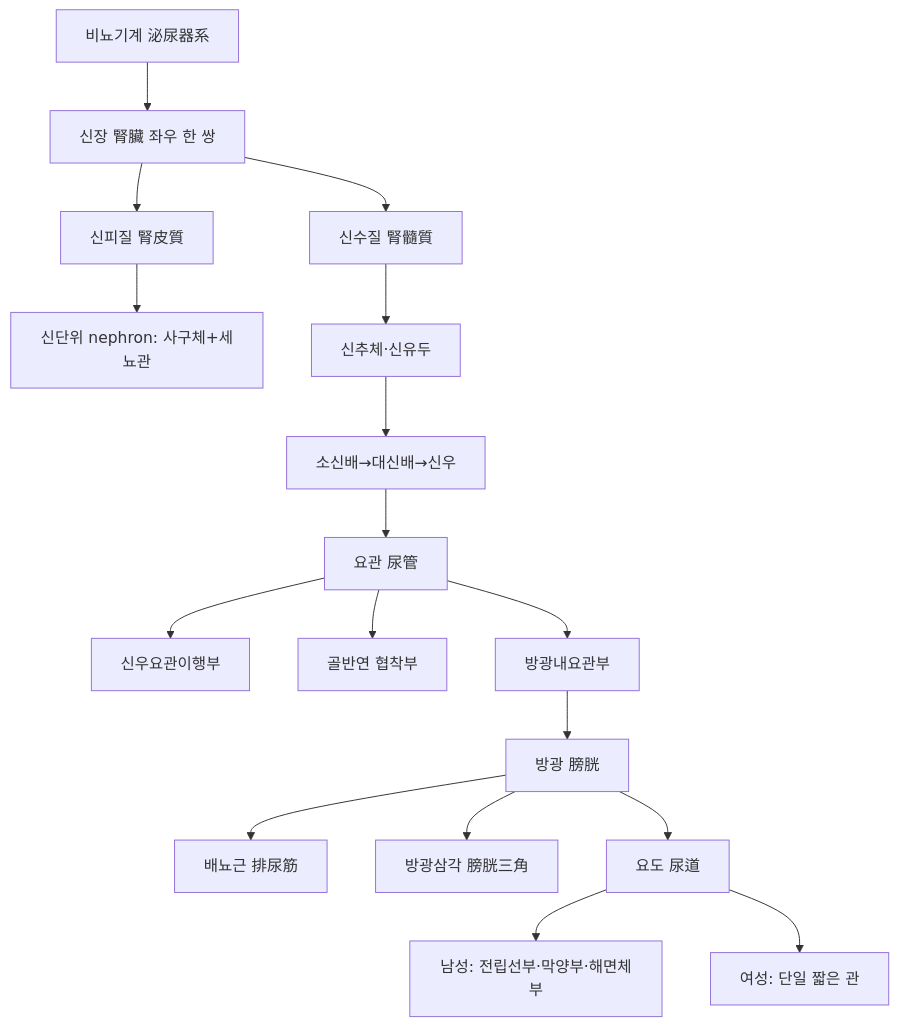
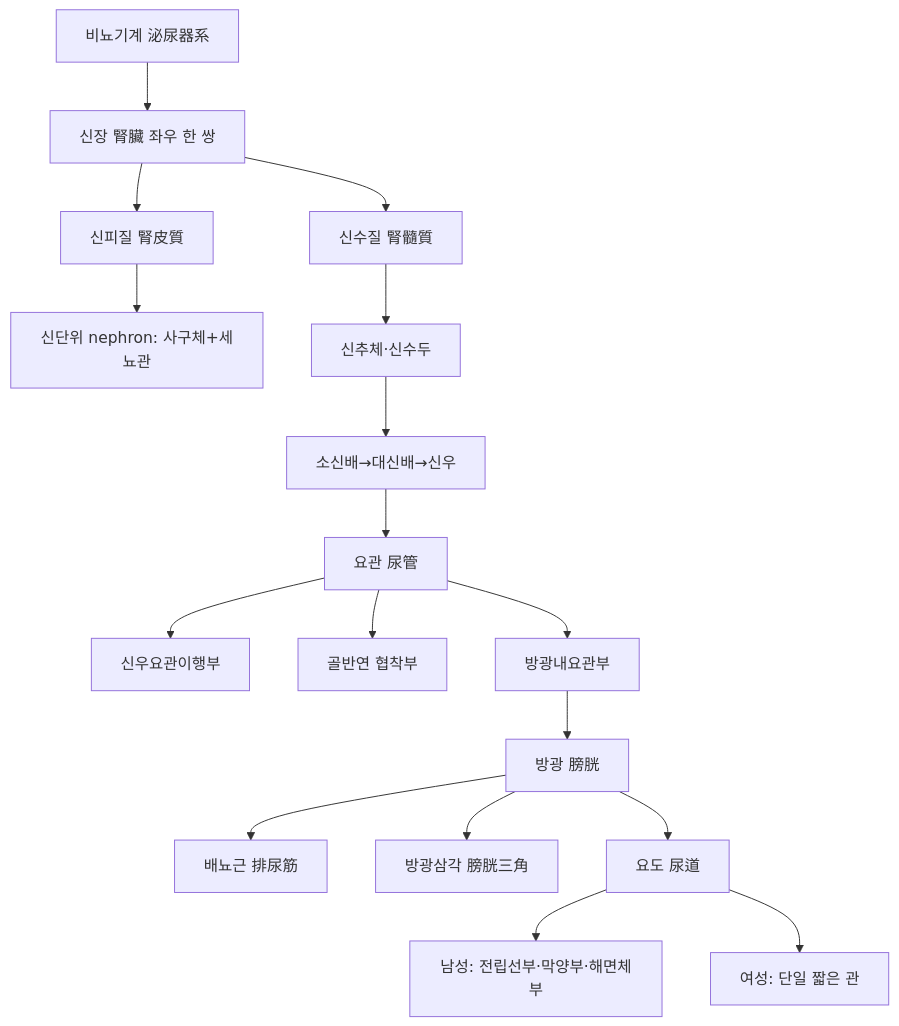
One commit to flyingtext/evidence-based-korean-medicine changed the diagram in docs/기초한의학/해부학/계통해부학/비뇨기계(泌尿器系)/비뇨기계(泌尿器系, Urinary System).md. Above: the diagram before and after it, drawn with Mermaid. The commit also changed other lines of this file and 145 other files, not shown here.

````diff
--- a/docs/기초한의학/해부학/계통해부학/비뇨기계(泌尿器系)/비뇨기계(泌尿器系, Urinary System).md
+++ b/docs/기초한의학/해부학/계통해부학/비뇨기계(泌尿器系)/비뇨기계(泌尿器系, Urinary System).md
@@ -19,19 +19,19 @@
 ```mermaid
 graph TD
     A[비뇨기계 泌尿器系] --> B[신장 腎臟 좌우 한 쌍]
     B --> B1[신피질 腎皮質]
     B --> B2[신수질 腎髓質]
     B1 --> N[신단위 nephron: 사구체+세뇨관]
-    B2 --> B2a[신추체·신유두]
+    B2 --> B2a[신추체·신수두]
     B2a --> B2b[소신배→대신배→신우]
     B2b --> C[요관 尿管]
     C --> C1[신우요관이행부]
     C --> C2[골반연 협착부]
     C --> C3[방광내요관부]
     C3 --> D[방광 膀胱]
     D --> D1[배뇨근 排尿筋]
     D --> D2[방광삼각 膀胱三角]
     D --> E[요도 尿道]
     E --> E1[남성: 전립선부·막양부·해면체부]
     E --> E2[여성: 단일 짧은 관]
 ```
````
